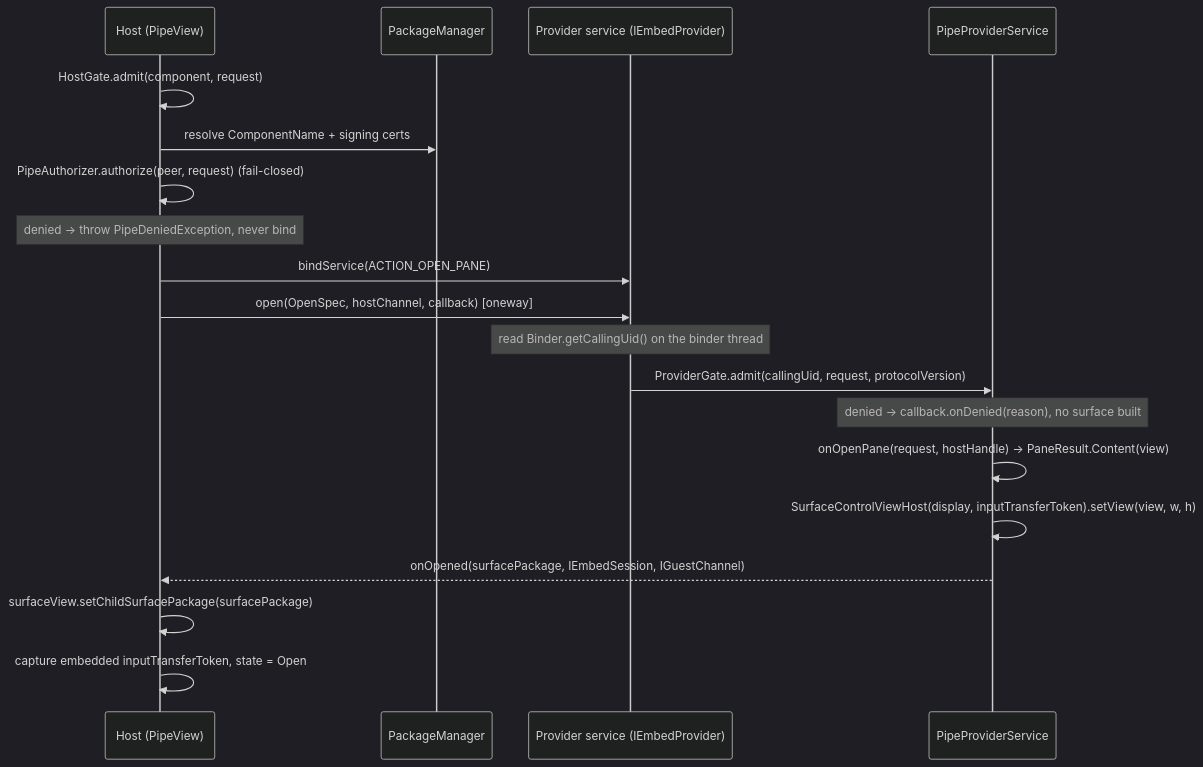
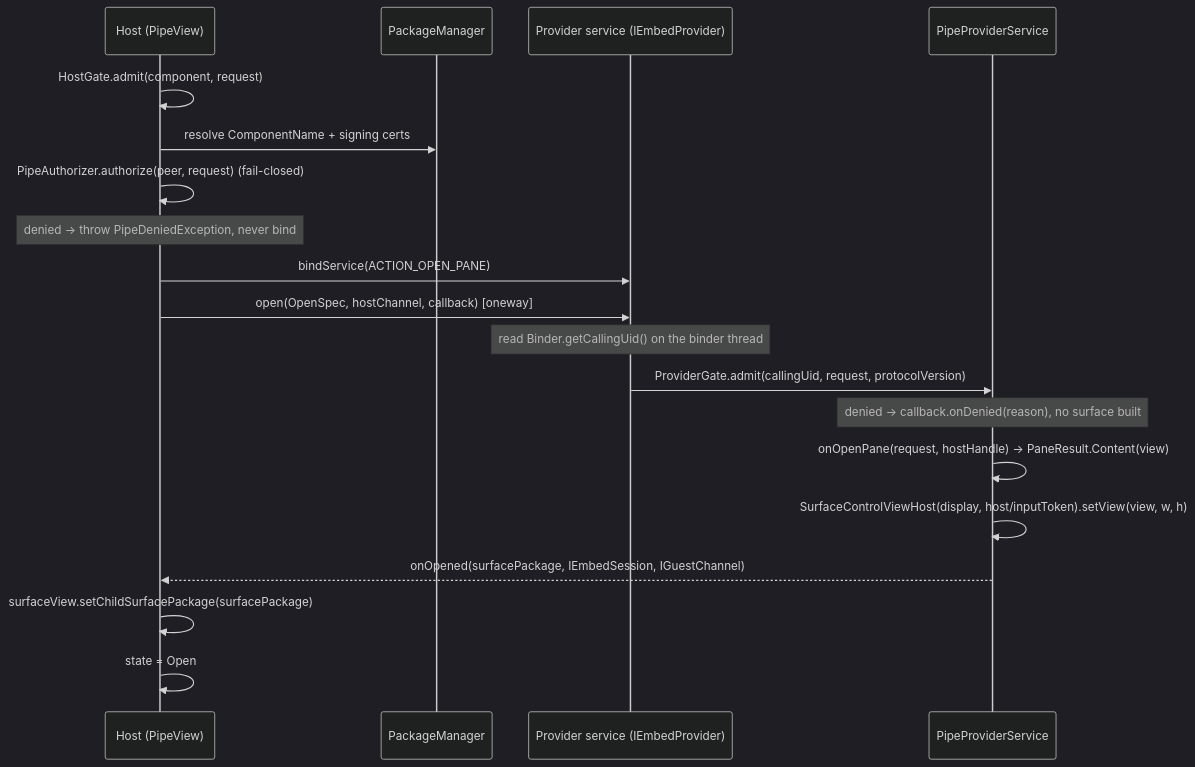
Before and after one commit to iamjosephmj/uI-PiPe: the first of 2 diagrams in ARCHITECTURE.md, drawn with Mermaid (dark theme). The commit also changed other lines of this file and 10 other files, not shown here.

First line of the commit message:
feat: lower floor to API 30 with a pre-35 host-token input path

````diff
--- a/ARCHITECTURE.md
+++ b/ARCHITECTURE.md
@@ -122,22 +123,22 @@
 ```mermaid
 sequenceDiagram
     participant H as Host (PipeView)
     participant PM as PackageManager
     participant S as Provider service (IEmbedProvider)
     participant P as PipeProviderService
 
     H->>H: HostGate.admit(component, request)
     H->>PM: resolve ComponentName + signing certs
     H->>H: PipeAuthorizer.authorize(peer, request)  (fail-closed)
     Note over H: denied → throw PipeDeniedException, never bind
     H->>S: bindService(ACTION_OPEN_PANE)
     H->>S: open(OpenSpec, hostChannel, callback)  [oneway]
     Note over S: read Binder.getCallingUid() on the binder thread
     S->>P: ProviderGate.admit(callingUid, request, protocolVersion)
     Note over P: denied → callback.onDenied(reason), no surface built
     P->>P: onOpenPane(request, hostHandle) → PaneResult.Content(view)
-    P->>P: SurfaceControlViewHost(display, inputTransferToken).setView(view, w, h)
+    P->>P: SurfaceControlViewHost(display, host/inputToken).setView(view, w, h)
     P-->>H: onOpened(surfacePackage, IEmbedSession, IGuestChannel)
     H->>H: surfaceView.setChildSurfacePackage(surfacePackage)
-    H->>H: capture embedded inputTransferToken, state = Open
+    H->>H: state = Open
 ```
````
